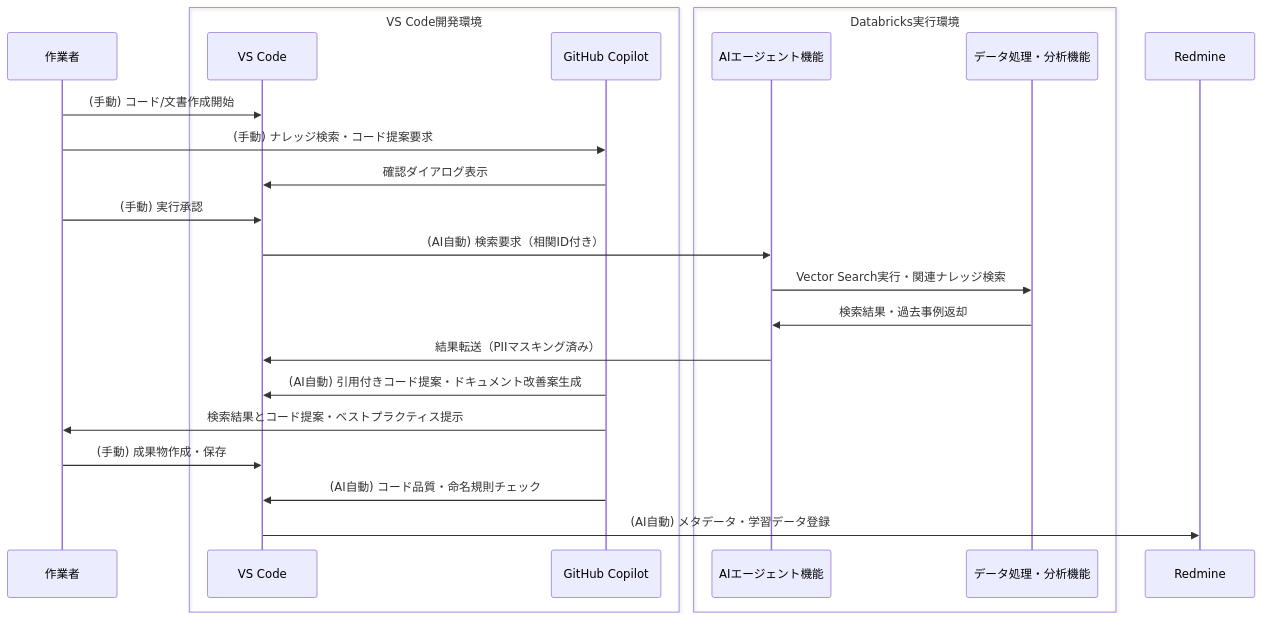
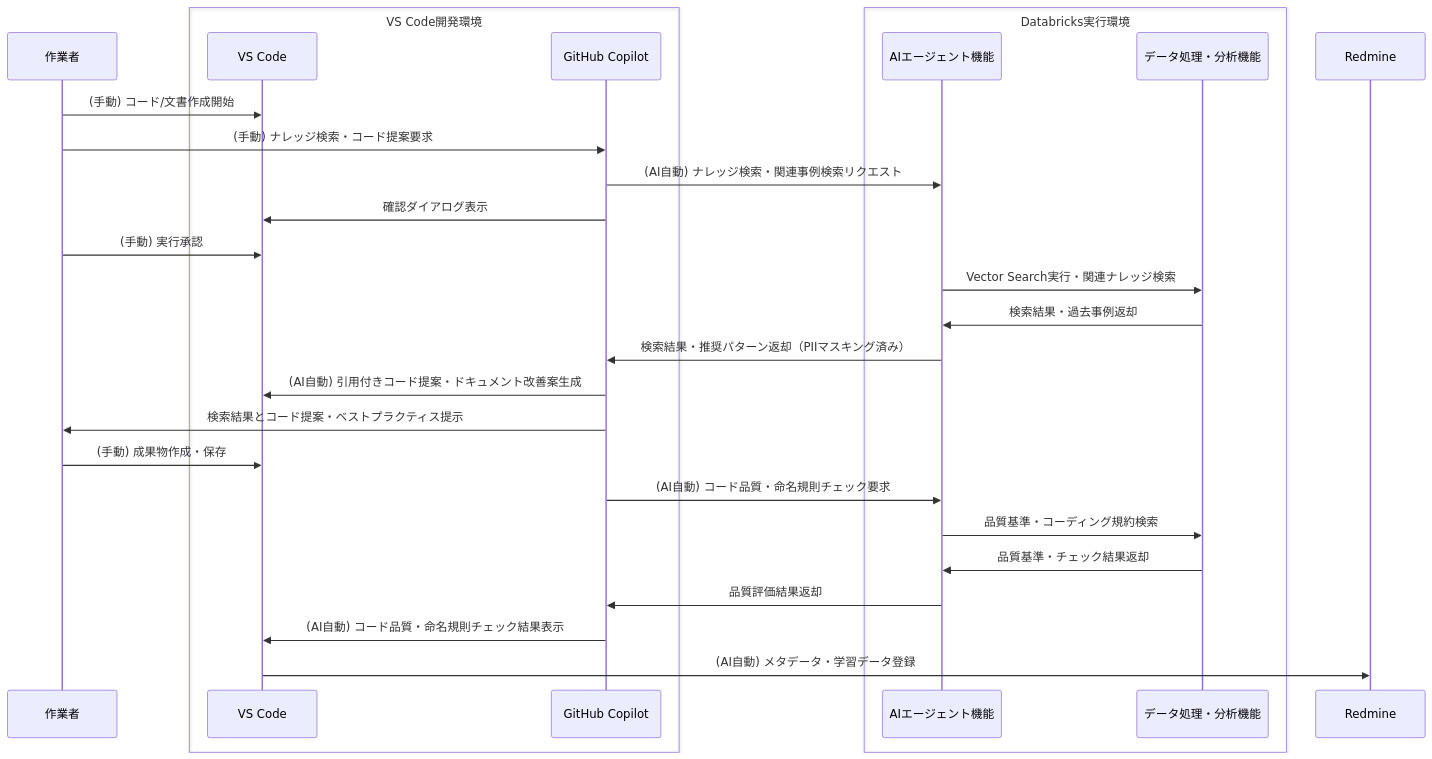
Before and after one commit to daichiTAAA/AgentOpsPlatform: the ninth of 34 diagrams in docs/02000_要件定義/02100_要件定義書.md, drawn with Mermaid. The commit also changed other lines of this file, not shown here.

````diff
--- a/docs/02000_要件定義/02100_要件定義書.md
+++ b/docs/02000_要件定義/02100_要件定義書.md
@@ -337,30 +353,34 @@
 ```mermaid
 sequenceDiagram
     participant W as 作業者
     
     box VS Code開発環境
         participant V as VS Code
         participant C as GitHub Copilot
     end
     
     box Databricks実行環境
         participant A as AIエージェント機能
         participant D as データ処理・分析機能
     end
     
     participant R as Redmine
     
     W->>V: (手動) コード/文書作成開始
     W->>C: (手動) ナレッジ検索・コード提案要求
+    C->>A: (AI自動) ナレッジ検索・関連事例検索リクエスト
     C->>V: 確認ダイアログ表示
     W->>V: (手動) 実行承認
-    V->>A: (AI自動) 検索要求（相関ID付き）
     A->>D: Vector Search実行・関連ナレッジ検索
     D->>A: 検索結果・過去事例返却
-    A->>V: 結果転送（PIIマスキング済み）
+    A->>C: 検索結果・推奨パターン返却（PIIマスキング済み）
     C->>V: (AI自動) 引用付きコード提案・ドキュメント改善案生成
     C->>W: 検索結果とコード提案・ベストプラクティス提示
     W->>V: (手動) 成果物作成・保存
-    C->>V: (AI自動) コード品質・命名規則チェック
+    C->>A: (AI自動) コード品質・命名規則チェック要求
+    A->>D: 品質基準・コーディング規約検索
+    D->>A: 品質基準・チェック結果返却
+    A->>C: 品質評価結果返却
+    C->>V: (AI自動) コード品質・命名規則チェック結果表示
     V->>R: (AI自動) メタデータ・学習データ登録
 ```
````
